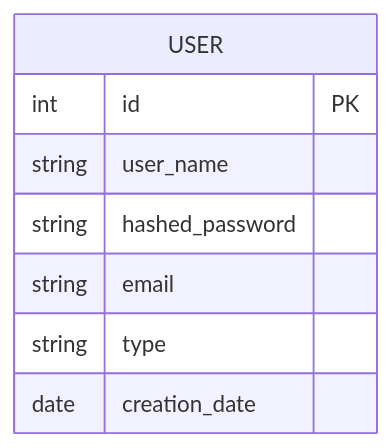
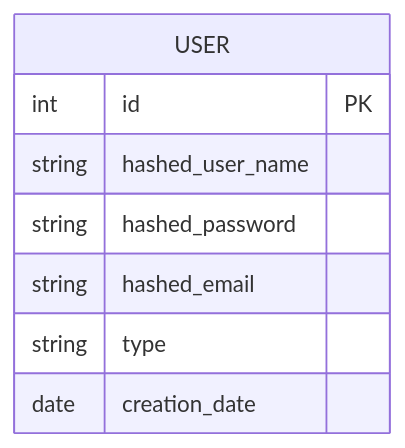
The second of 2 diagrams in ER.md (allandark/VideoStreamerBackend), drawn with Mermaid before and after one commit. The commit also changed other lines of this file and 12 other files, not shown here.

````diff
--- a/ER.md
+++ b/ER.md
@@ -91,13 +107,13 @@
 ```mermaid
 erDiagram
 
     USER{
         int id PK
-        string user_name
+        string hashed_user_name
         string hashed_password
-        string email
+        string hashed_email
         string type
         date creation_date
     }
 
 ```
````
